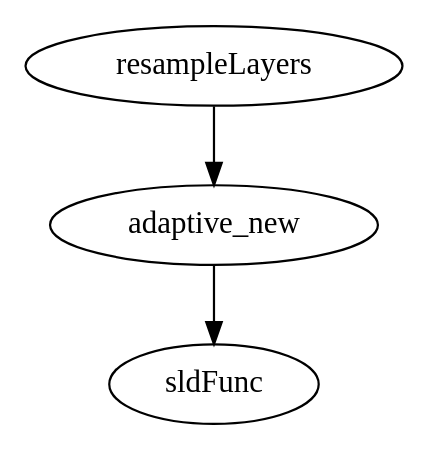
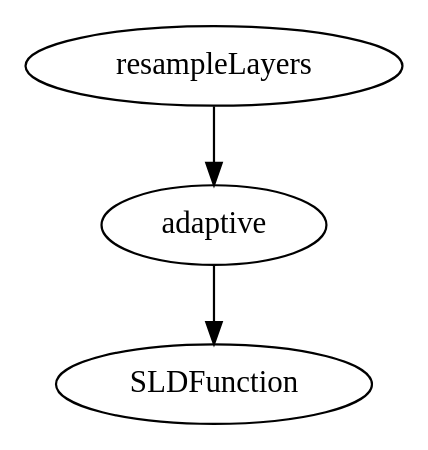
The diagram in master/api_reference/targetFunctions/common/resampleLayers/graph.dot (RascalSoftware/RAT), drawn with Graphviz before and after one commit. The commit also changed 336 other files, not shown here.

```diff
--- a/master/api_reference/targetFunctions/common/resampleLayers/graph.dot
+++ b/master/api_reference/targetFunctions/common/resampleLayers/graph.dot
@@ -1,9 +1,9 @@
 /* Created by mdot for Matlab */
 digraph m2html {
-  adaptive_new -> sldFunc;
-  resampleLayers -> adaptive_new;
+  adaptive -> SLDFunction;
+  resampleLayers -> adaptive;
 
-  adaptive_new [URL="adaptive_new.html"];
+  SLDFunction [URL="SLDFunction.html"];
+  adaptive [URL="adaptive.html"];
   resampleLayers [URL="resampleLayers.html"];
-  sldFunc [URL="sldFunc.html"];
 }
```
